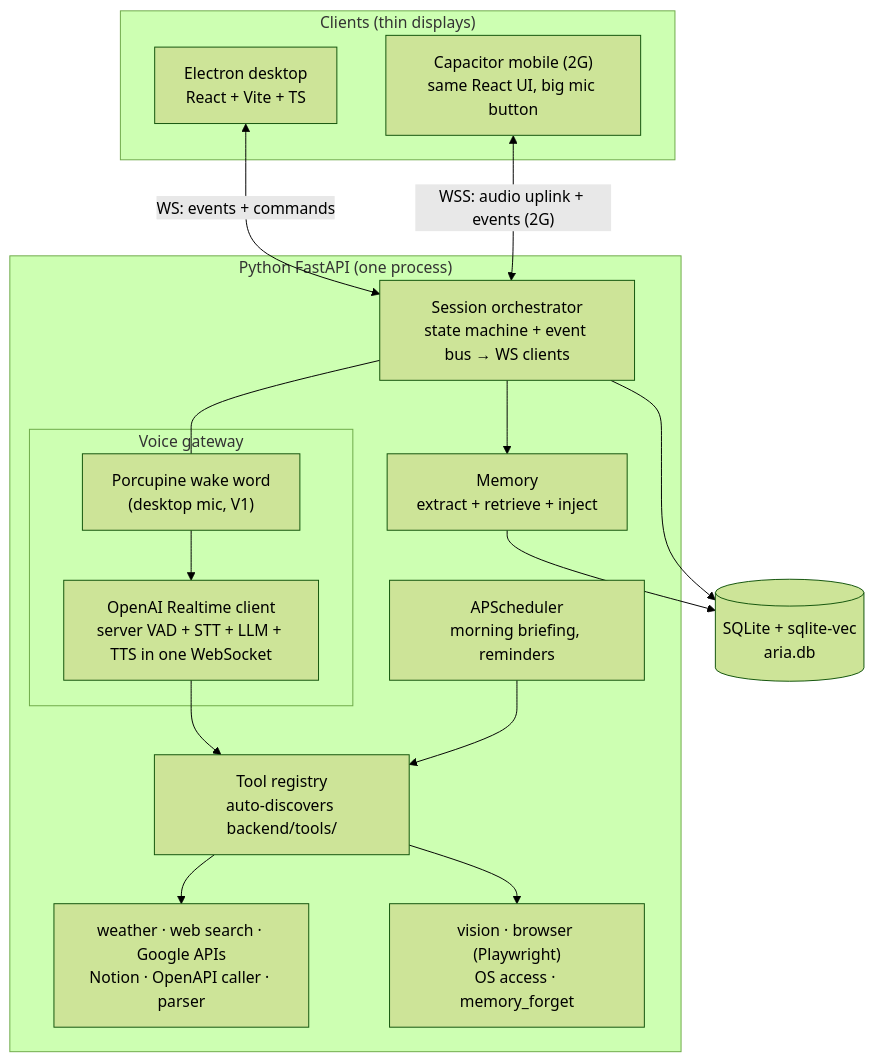
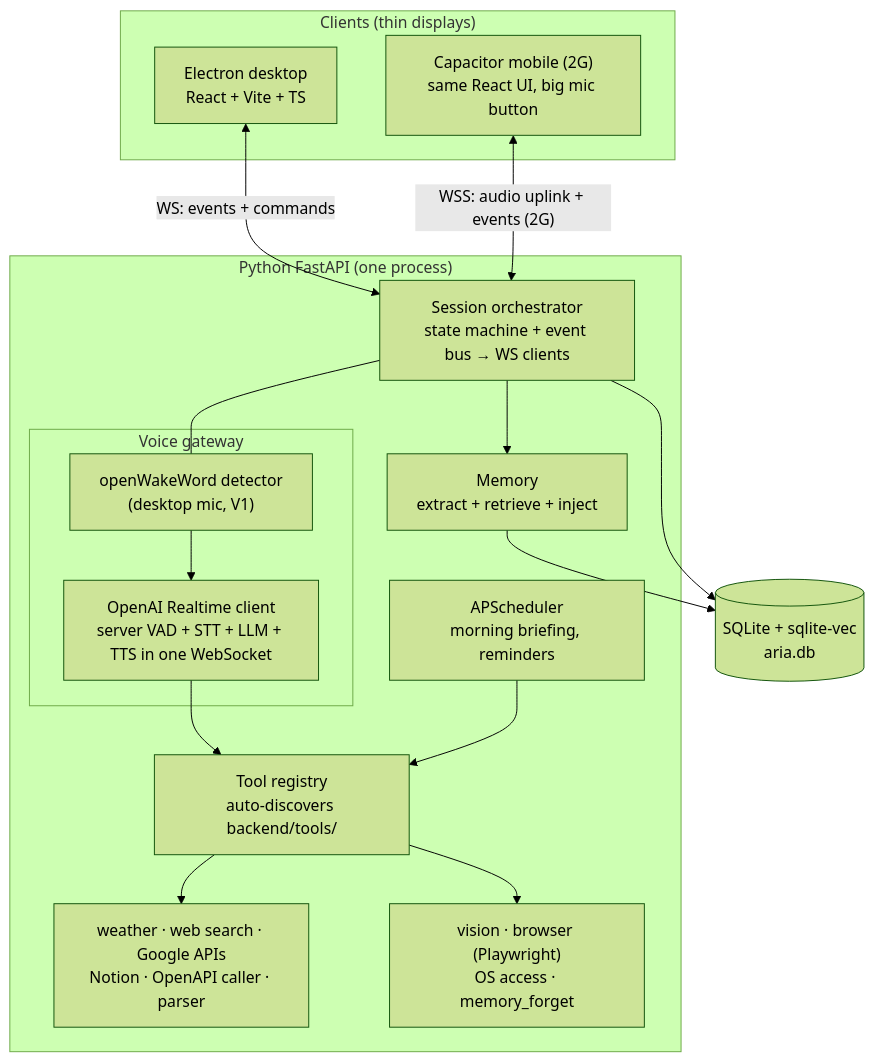
Before and after one commit to TechyLakshay/A.R.I.A.: the first of 6 diagrams in docs/MASTER_SPEC.md, drawn with Mermaid (forest theme). The commit also changed other lines of this file and 7 other files, not shown here.

Commit message:
Implement openWakeWord for wake word detection and update related documentation

````diff
--- a/docs/MASTER_SPEC.md
+++ b/docs/MASTER_SPEC.md
@@ -25,34 +25,34 @@
 ```mermaid
 flowchart TB
     subgraph Clients["Clients (thin displays)"]
         E["Electron desktop<br/>React + Vite + TS"]
         M["Capacitor mobile (2G)<br/>same React UI, big mic button"]
     end
 
     subgraph Backend["Python FastAPI (one process)"]
         subgraph VG["Voice gateway"]
-            WAKE["Porcupine wake word<br/>(desktop mic, V1)"]
+            WAKE["openWakeWord detector<br/>(desktop mic, V1)"]
             RT["OpenAI Realtime client<br/>server VAD + STT + LLM + TTS in one WebSocket"]
         end
         ORCH["Session orchestrator<br/>state machine + event bus → WS clients"]
         REG["Tool registry<br/>auto-discovers backend/tools/"]
         MEM["Memory<br/>extract + retrieve + inject"]
         SCH["APScheduler<br/>morning briefing, reminders"]
         T1["weather · web search · Google APIs<br/>Notion · OpenAPI caller · parser"]
         T2["vision · browser (Playwright)<br/>OS access · memory_forget"]
     end
 
     DB[("SQLite + sqlite-vec<br/>aria.db")]
 
     E <-->|"WS: events + commands"| ORCH
     M <-->|"WSS: audio uplink + events (2G)"| ORCH
     WAKE --> RT
     ORCH --- WAKE
     RT --> REG
     SCH --> REG
     ORCH --> MEM
     REG --> T1
     REG --> T2
     MEM --> DB
     ORCH --> DB
 ```
````
